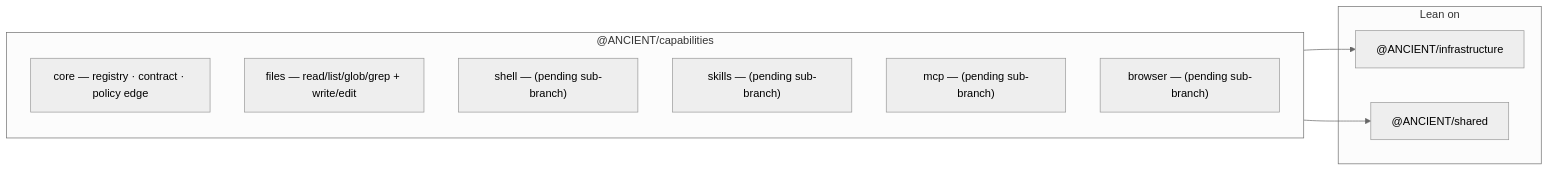
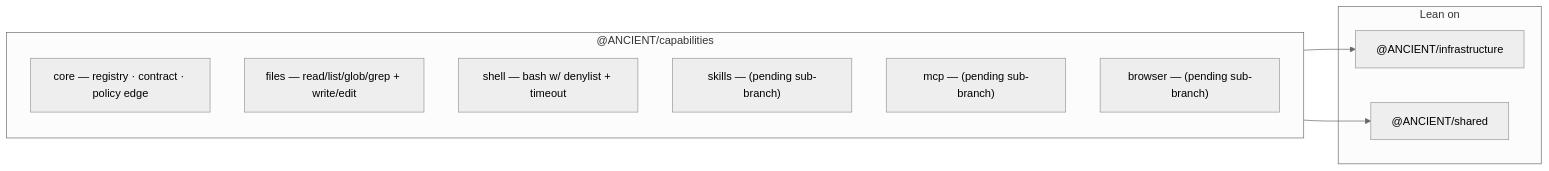
One commit to D-engahmed/ancient changed the diagram in docs/architecture/CAPABILITIES.md. Above: the diagram before and after it, drawn with Mermaid (neutral theme). The commit also changed other lines of this file and 1 other file, not shown here.

First line of the commit message:
docs(capabilities): mark shell sub-layer done (README + CAPABILITIES.md)

````diff
--- a/docs/architecture/CAPABILITIES.md
+++ b/docs/architecture/CAPABILITIES.md
@@ -11,17 +11,17 @@
 ```mermaid
 flowchart LR
     subgraph CAP["@ANCIENT/capabilities"]
         CORE["core — registry · contract · policy edge"]
         F["files — read/list/glob/grep + write/edit"]
-        S["shell — (pending sub-branch)"]
+        S["shell — bash w/ denylist + timeout"]
         SK["skills — (pending sub-branch)"]
         M["mcp — (pending sub-branch)"]
         B["browser — (pending sub-branch)"]
     end
     subgraph LOWER["Lean on"]
         INFRA["@ANCIENT/infrastructure"]
         SHARED["@ANCIENT/shared"]
     end
     CAP --> INFRA
     CAP --> SHARED
 ```
````
